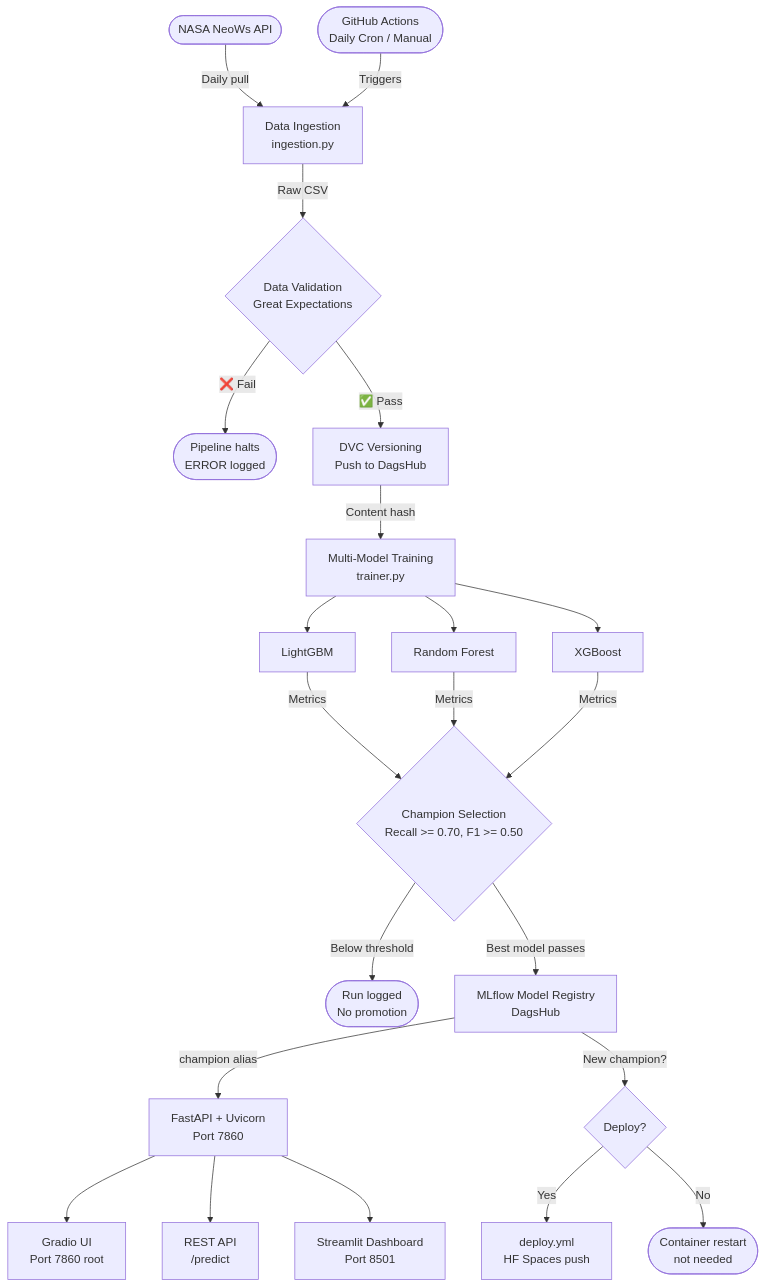
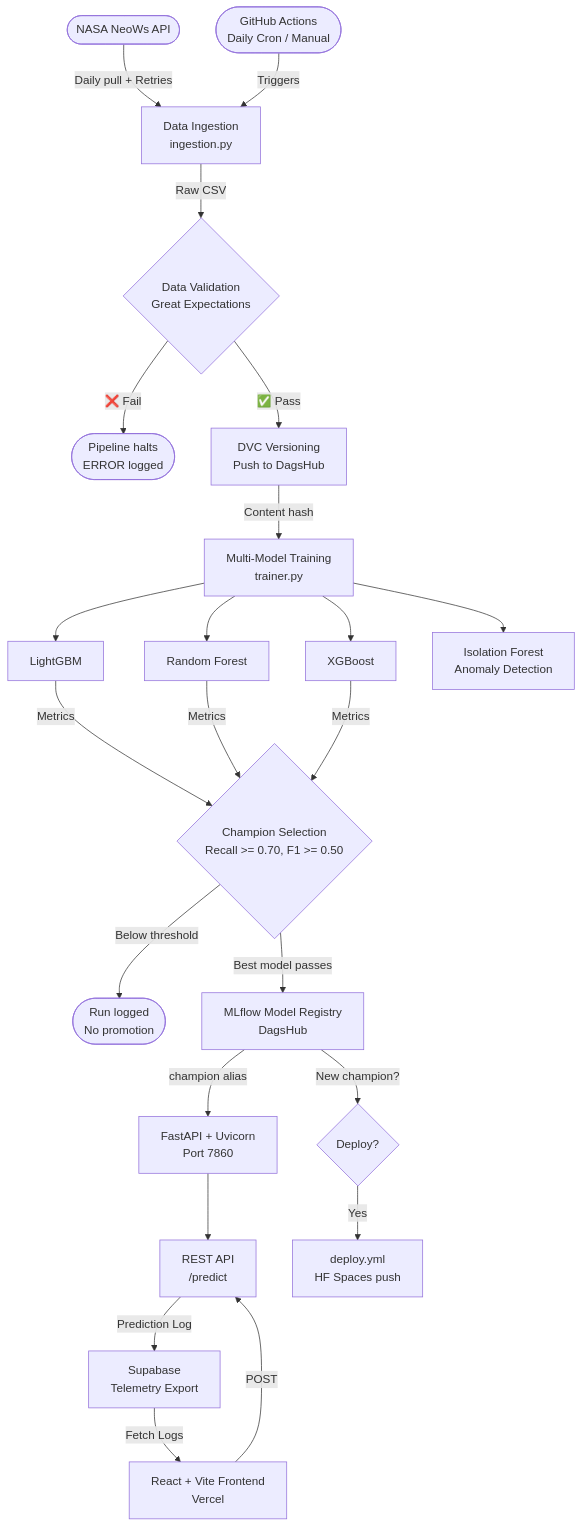
The diagram in README.md (Govinthan-KS/NEO-Sentinel-Autonomous-Asteroid-Hazard-Classification-System), drawn with Mermaid before and after one commit. The commit also changed other lines of this file, not shown here.

Commit message:
docs: update README with React frontend, Supabase, and Anomaly Detection

````diff
--- a/README.md
+++ b/README.md
@@ -43,26 +48,29 @@
 ```mermaid
 flowchart TD
-    A([NASA NeoWs API]) -->|Daily pull| B[Data Ingestion\ningestion.py]
+    A([NASA NeoWs API]) -->|Daily pull + Retries| B[Data Ingestion\ningestion.py]
     B -->|Raw CSV| C{Data Validation\nGreat Expectations}
     C -->|❌ Fail| D([Pipeline halts\nERROR logged])
     C -->|✅ Pass| E[DVC Versioning\nPush to DagsHub]
     E -->|Content hash| F[Multi-Model Training\ntrainer.py]
 
     F --> G[LightGBM]
     F --> H[Random Forest]
     F --> I[XGBoost]
+    F --> I2[Isolation Forest\nAnomaly Detection]
 
     G & H & I -->|Metrics| J{Champion Selection\nRecall >= 0.70, F1 >= 0.50}
     J -->|Below threshold| K([Run logged\nNo promotion])
     J -->|Best model passes| L[MLflow Model Registry\nDagsHub]
 
     L -->|champion alias| M[FastAPI + Uvicorn\nPort 7860]
-    M --> N[Gradio UI\nPort 7860 root]
     M --> O[REST API\n/predict]
-    M --> P[Streamlit Dashboard\nPort 8501]
+    
+    O -->|Prediction Log| T[Supabase\nTelemetry Export]
+    
+    U[React + Vite Frontend\nVercel] -->|POST| O
+    T -->|Fetch Logs| U
 
     Q([GitHub Actions\nDaily Cron / Manual]) -->|Triggers| B
     L -->|New champion?| R{Deploy?}
     R -->|Yes| S[deploy.yml\nHF Spaces push]
-    R -->|No| T([Container restart\nnot needed])
 ```
````
